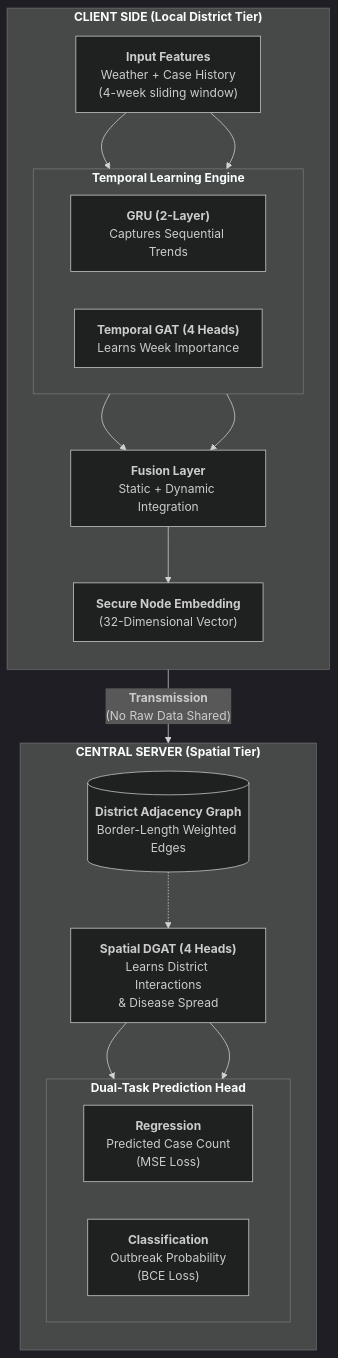
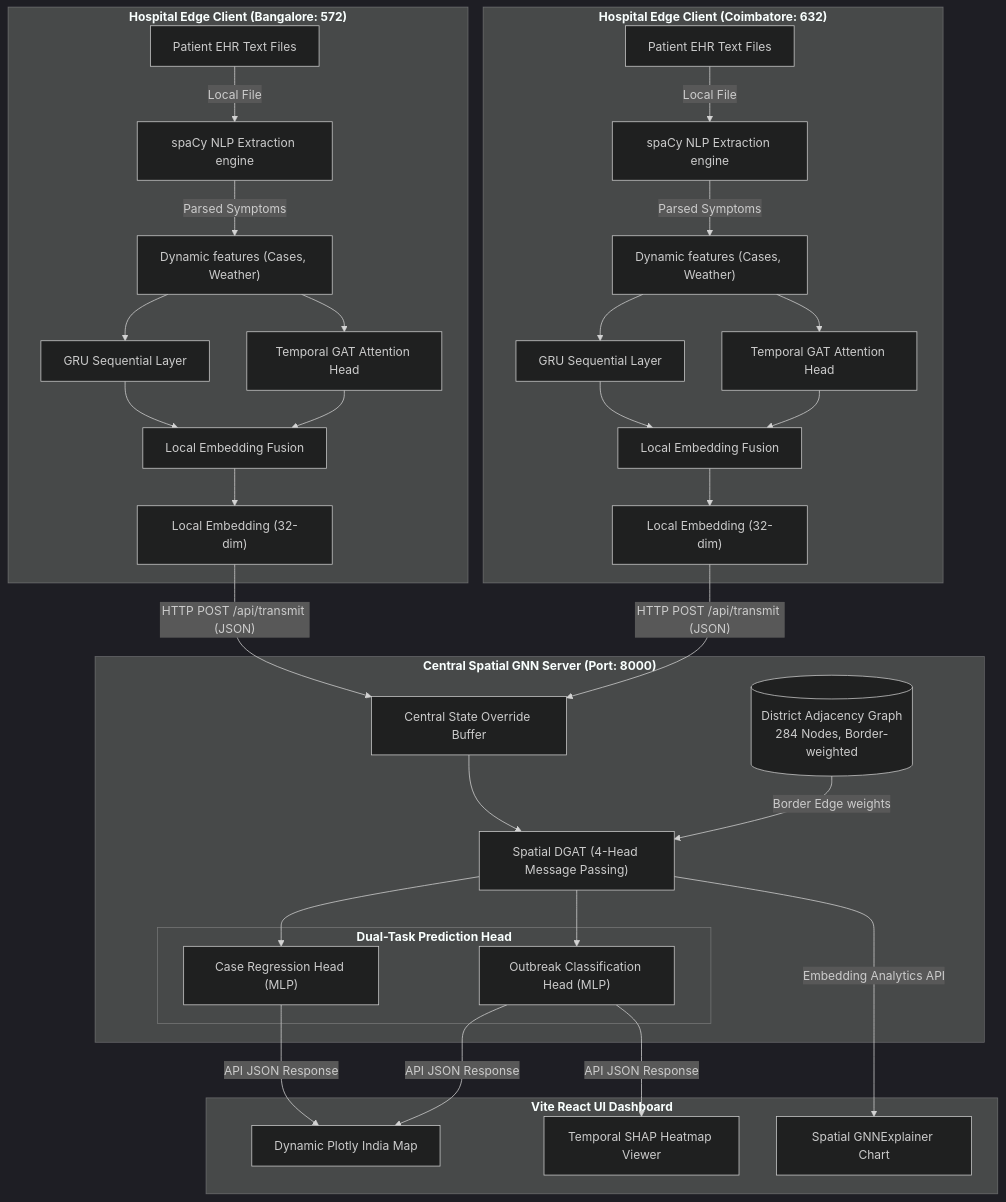
The first of 2 diagrams in README.md (StavanRKhobare/Explainable-Federated-Learning-Framework-for-Early-Epidemic-Forecasting), drawn with Mermaid (dark theme) before and after one commit. The commit also changed other lines of this file and 5 other files, not shown here.

Commit message:
docs & feat: update README, RUNNING guide, SHAP engine baseline, and dashboard synchronizations

````diff
--- a/README.md
+++ b/README.md
@@ -88,41 +93,68 @@
 ```mermaid
 graph TD
-    subgraph Client ["<b>CLIENT SIDE (Local District Tier)</b>"]
-        direction TB
-        Data["<b>Input Features</b><br/>Weather + Case History<br/>(4-week sliding window)"]
+    subgraph Edge_Client_1 ["<b>Hospital Edge Client (Bangalore: 572)</b>"]
+        EHR1["Patient EHR Text Files"]
+        NLP1["spaCy NLP Extraction engine"]
+        Dyn1["Dynamic features (Cases, Weather)"]
+        GRU1["GRU Sequential Layer"]
+        TGAT1["Temporal GAT Attention Head"]
+        Fuse1["Local Embedding Fusion"]
+        Emb1["Local Embedding (32-dim)"]
         
-        subgraph Temporal ["<b>Temporal Learning Engine</b>"]
-            direction LR
-            GRU["<b>GRU (2-Layer)</b><br/>Captures Sequential Trends"]
-            TGAT["<b>Temporal GAT (4 Heads)</b><br/>Learns Week Importance"]
+        EHR1 -->|Local File| NLP1
+        NLP1 -->|Parsed Symptoms| Dyn1
+        Dyn1 --> GRU1
+        Dyn1 --> TGAT1
+        GRU1 --> Fuse1
+        TGAT1 --> Fuse1
+        Fuse1 --> Emb1
+    end
+
+    subgraph Edge_Client_2 ["<b>Hospital Edge Client (Coimbatore: 632)</b>"]
+        EHR2["Patient EHR Text Files"]
+        NLP2["spaCy NLP Extraction engine"]
+        Dyn2["Dynamic features (Cases, Weather)"]
+        GRU2["GRU Sequential Layer"]
+        TGAT2["Temporal GAT Attention Head"]
+        Fuse2["Local Embedding Fusion"]
+        Emb2["Local Embedding (32-dim)"]
+        
+        EHR2 -->|Local File| NLP2
+        NLP2 -->|Parsed Symptoms| Dyn2
+        Dyn2 --> GRU2
+        Dyn2 --> TGAT2
+        GRU2 --> Fuse2
+        TGAT2 --> Fuse2
+        Fuse2 --> Emb2
+    end
+
+    Emb1 -- "HTTP POST /api/transmit (JSON)" --> Server_Agg
+    Emb2 -- "HTTP POST /api/transmit (JSON)" --> Server_Agg
+
+    subgraph Central_Server ["<b>Central Spatial GNN Server (Port: 8000)</b>"]
+        Server_Agg["Central State Override Buffer"]
+        AdjGraph[("District Adjacency Graph<br/>284 Nodes, Border-weighted")]
+        SDGAT["Spatial DGAT (4-Head Message Passing)"]
+        
+        subgraph Dual_Task_Head ["<b>Dual-Task Prediction Head</b>"]
+            RegHead["Case Regression Head (MLP)"]
+            ClfHead["Outbreak Classification Head (MLP)"]
         end
         
-        Fusion["<b>Fusion Layer</b><br/>Static + Dynamic Integration"]
-        Embed["<b>Secure Node Embedding</b><br/>(32-Dimensional Vector)"]
-        
-        Data --> GRU
-        Data --> TGAT
-        GRU --> Fusion
-        TGAT --> Fusion
-        Fusion --> Embed
+        Server_Agg --> SDGAT
+        AdjGraph -->|Border Edge weights| SDGAT
+        SDGAT --> RegHead
+        SDGAT --> ClfHead
     end
 
-    Embed -- "<b>Transmission</b><br/>(No Raw Data Shared)" --> SDGAT
+    subgraph Frontend_Dashboard ["<b>Vite React UI Dashboard</b>"]
+        Map["Dynamic Plotly India Map"]
+        SHAP["Temporal SHAP Heatmap Viewer"]
+        GNNExp["Spatial GNNExplainer Chart"]
+    end
 
-    subgraph Server ["<b>CENTRAL SERVER (Spatial Tier)</b>"]
-        direction TB
-        Graph[("<b>District Adjacency Graph</b><br/>Border-Length Weighted Edges")]
-        SDGAT["<b>Spatial DGAT (4 Heads)</b><br/>Learns District Interactions<br/>& Disease Spread"]
-        
-        subgraph Head ["<b>Dual-Task Prediction Head</b>"]
-            direction LR
-            Reg["<b>Regression</b><br/>Predicted Case Count<br/>(MSE Loss)"]
-            Clf["<b>Classification</b><br/>Outbreak Probability<br/>(BCE Loss)"]
-        end
-        
-        SDGAT --> Reg
-        SDGAT --> Clf
-    end
-    
-    Graph -.-> SDGAT
+    RegHead -->|API JSON Response| Map
+    ClfHead -->|API JSON Response| Map
+    ClfHead -->|API JSON Response| SHAP
+    SDGAT -->|Embedding Analytics API| GNNExp
 ```
````
